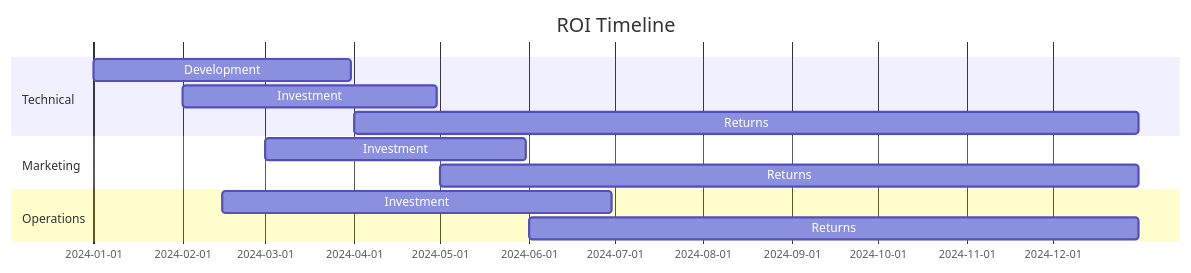
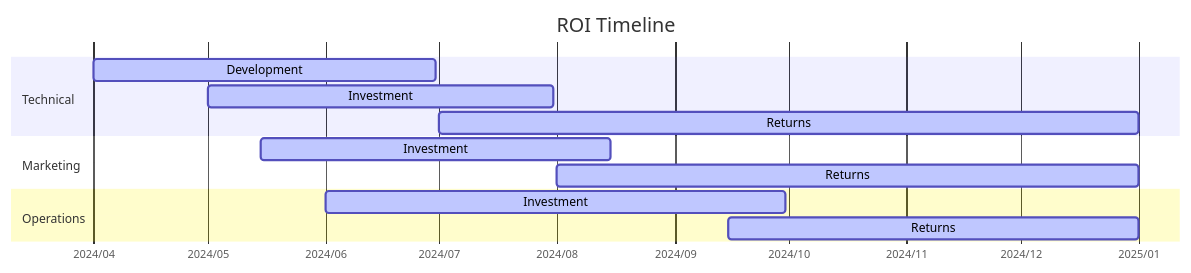
The third of 14 diagrams in docs/whitepaper/product-features.md (MEMEFANS/memefans), drawn with Mermaid before and after one commit. The commit also changed other lines of this file, not shown here.

Commit message:
fix: improve ROI timeline date format
- Change axis format to YYYY/MM for better readability
- Keep consistent date display across timeline

````diff
--- a/docs/whitepaper/product-features.md
+++ b/docs/whitepaper/product-features.md
@@ -139,19 +139,19 @@
 ```mermaid
 gantt
     title ROI Timeline
     dateFormat YYYY-MM-DD
-    axisFormat %Y-%m-%d
+    axisFormat %Y/%m
     
     section Technical
-    Development    :2024-01-01, 2024-03-31
-    Investment     :2024-02-01, 2024-04-30
-    Returns        :2024-04-01, 2024-12-31
+    Development    :active, dev1, 2024-04-01, 2024-06-30
+    Investment     :active, inv1, 2024-05-01, 2024-07-31
+    Returns        :active, ret1, 2024-07-01, 2025-01-01
     
     section Marketing
-    Investment     :2024-03-01, 2024-05-31
-    Returns        :2024-05-01, 2024-12-31
+    Investment     :active, inv2, 2024-05-15, 2024-08-15
+    Returns        :active, ret2, 2024-08-01, 2025-01-01
     
     section Operations
-    Investment     :2024-02-15, 2024-06-30
-    Returns        :2024-06-01, 2024-12-31
+    Investment     :active, inv3, 2024-06-01, 2024-09-30
+    Returns        :active, ret3, 2024-09-15, 2025-01-01
 ```
````
